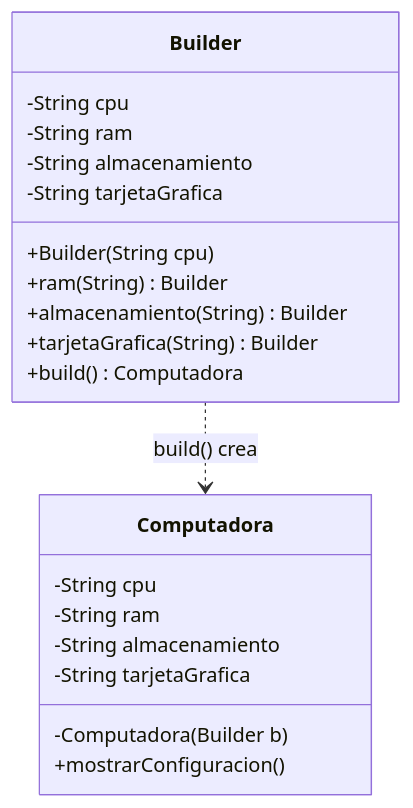
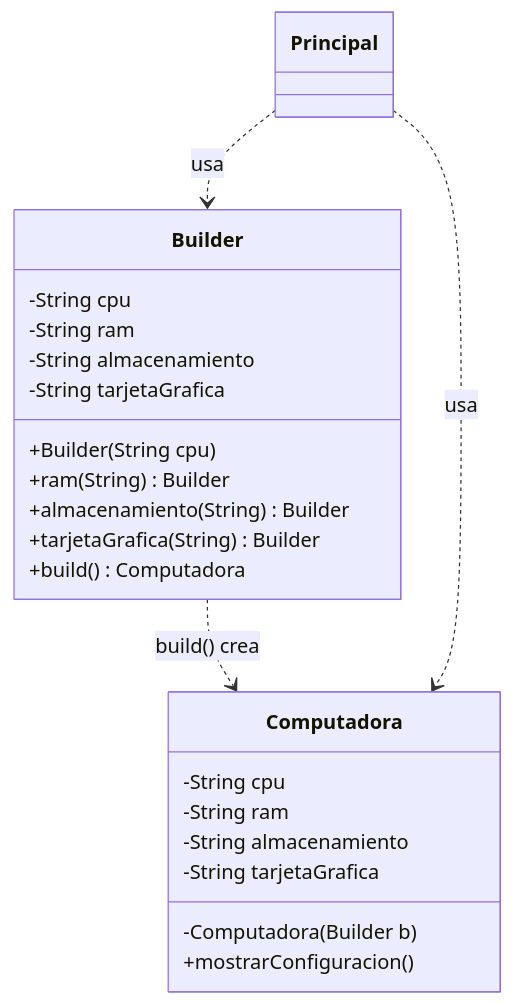
One commit to carevalomx69/DesignPatterns changed the second of 2 diagrams in 03 - Builder/README.md. Above: the diagram before and after it, drawn with Mermaid. The commit also changed other lines of this file and 2 other files, not shown here.

First line of the commit message:
README de Builder: aplicar el formato nuevo y quitar el ejemplo en C

````diff
--- a/03 - Builder/README.md
+++ b/03 - Builder/README.md
@@ -35,23 +121,26 @@
 ```mermaid
 classDiagram
     class Computadora {
         -String cpu
         -String ram
         -String almacenamiento
         -String tarjetaGrafica
         -Computadora(Builder b)
         +mostrarConfiguracion()
     }
     class Builder {
         -String cpu
         -String ram
         -String almacenamiento
         -String tarjetaGrafica
         +Builder(String cpu)
         +ram(String) Builder
         +almacenamiento(String) Builder
         +tarjetaGrafica(String) Builder
         +build() Computadora
     }
+    class Principal
     Builder ..> Computadora : build() crea
+    Principal ..> Builder : usa
+    Principal ..> Computadora : usa
 ```
````
